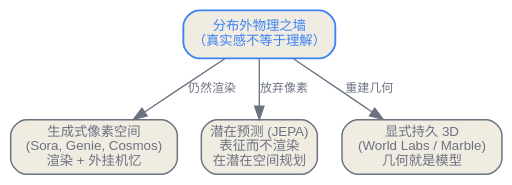
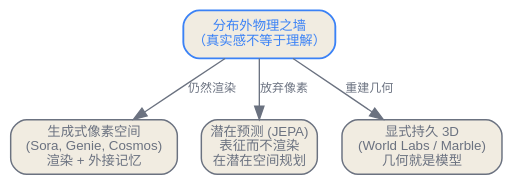
The first of 2 diagrams in zh/generative/05-beyond-text.qmd (latere-ai/ai-as-an-infrastructure), drawn with Graphviz before and after one commit. The commit also changed other lines of this file and 1 other file, not shown here.

````diff
--- a/zh/generative/05-beyond-text.qmd
+++ b/zh/generative/05-beyond-text.qmd
@@ -25,19 +25,19 @@
 ```{dot}
 //| label: fig-beyond-trichotomy
-//| fig-cap: "「世界模型是什么」的三个架构答案，每一个都是对分布外物理之墙的不同回应。生成派渲染世界、用外挂记忆给连贯性打补丁；潜在派在抽象里预测、并在那里规划；显式三维派让持久几何成为表示本身。"
+//| fig-cap: "「世界模型是什么」的三个架构答案，每一个都是对分布外物理之墙的不同回应。生成派渲染世界、用外接记忆给连贯性打补丁；潜在派在抽象里预测、并在那里规划；显式三维派让持久几何成为表示本身。"
 digraph trichotomy {
   rankdir=TB;
   bgcolor="transparent";
   node [shape=box, style="rounded,filled", fontname="Helvetica", fontsize=10, color="#6b7280", fontcolor="#6b7280", fillcolor="#f1ece1", penwidth=1.1];
   edge [color="#6b7280", fontcolor="#6b7280", fontsize=9];
 
   wall [label="分布外物理之墙\n（真实感不等于理解）", color="#3b82f6", fontcolor="#3b82f6", penwidth=1.4];
-  gen  [label="生成式像素空间\n(Sora, Genie, Cosmos)\n渲染 + 外挂机忆"];
+  gen  [label="生成式像素空间\n(Sora, Genie, Cosmos)\n渲染 + 外接记忆"];
   jepa [label="潜在预测 (JEPA)\n表征而不渲染\n在潜在空间规划"];
   d3   [label="显式持久 3D\n(World Labs / Marble)\n几何就是模型"];
 
   wall -> gen [label="仍然渲染"];
   wall -> jepa [label="放弃像素"];
   wall -> d3 [label="重建几何"];
 }
 ```
````
